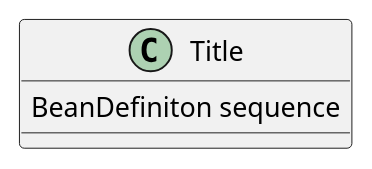
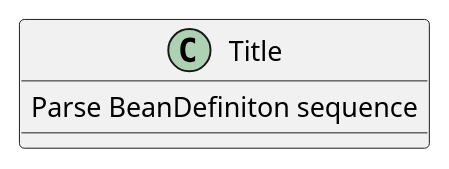
Before and after one commit to FATYU/spring-framework: the diagram in foo/src/main/resources/BeanDefinition.puml, drawn with PlantUML. The commit also changed 7 other files, not shown here.

```diff
--- a/foo/src/main/resources/BeanDefinition.puml
+++ b/foo/src/main/resources/BeanDefinition.puml
@@ -1,3 +1,4 @@
 @startuml
-Title : BeanDefiniton sequence
+Title : Parse BeanDefiniton sequence
+
 @enduml
```
